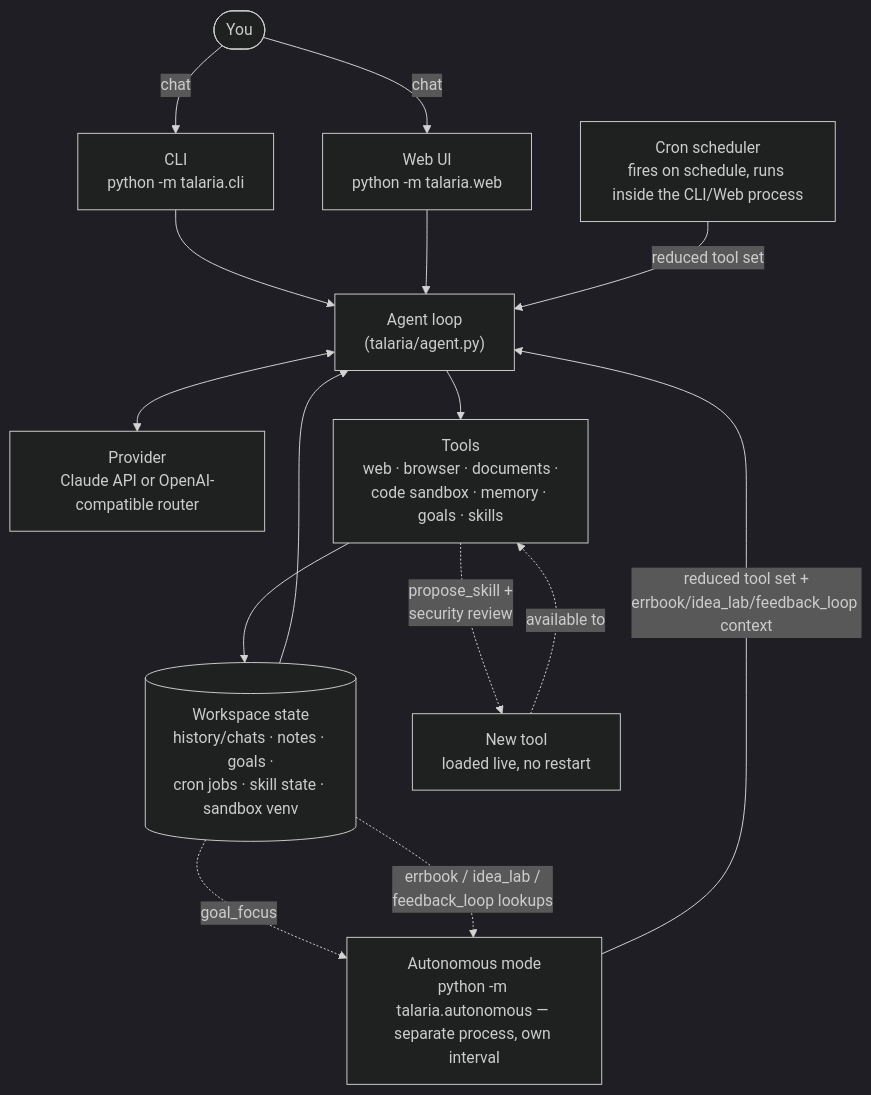
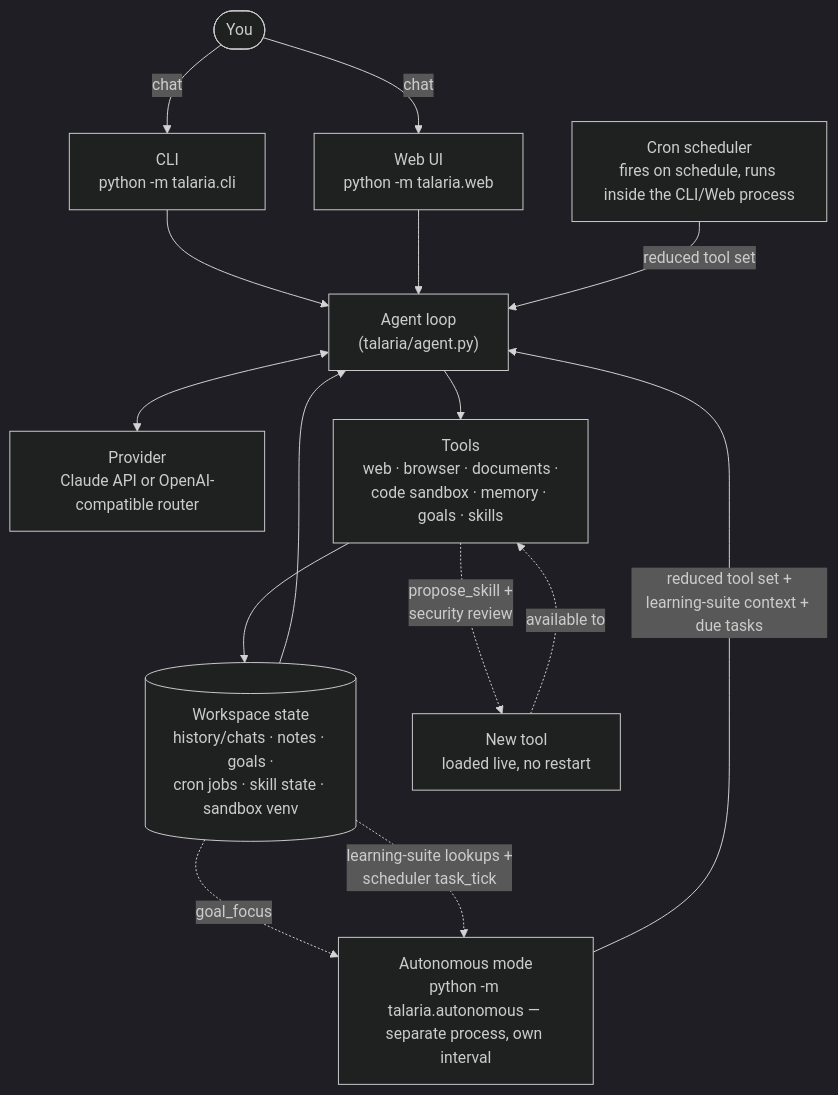
One commit to LMcontent/Talaria changed the diagram in README.md. Above: the diagram before and after it, drawn with Mermaid (dark theme). The commit also changed other lines of this file and 39 other files, not shown here.

First line of the commit message:
Learning suite to core, scheduler/SKILL.md/run_shell, grouped Tools UI (#58)

````diff
--- a/README.md
+++ b/README.md
@@ -18,27 +18,27 @@
 ```mermaid
 flowchart TB
     U(["You"])
 
     U -->|chat| CLI["CLI<br/>python -m talaria.cli"]
     U -->|chat| Web["Web UI<br/>python -m talaria.web"]
 
     Cron["Cron scheduler<br/>fires on schedule, runs inside the CLI/Web process"]
     Auto["Autonomous mode<br/>python -m talaria.autonomous — separate process, own interval"]
 
     CLI --> Agent["Agent loop<br/>(talaria/agent.py)"]
     Web --> Agent
     Cron -- reduced tool set --> Agent
-    Auto -- "reduced tool set +<br/>errbook/idea_lab/feedback_loop context" --> Agent
+    Auto -- "reduced tool set +<br/>learning-suite context + due tasks" --> Agent
 
     Agent <--> Provider["Provider<br/>Claude API or OpenAI-compatible router"]
     Agent --> Tools["Tools<br/>web · browser · documents ·<br/>code sandbox · memory · goals · skills"]
 
     Tools --> State[("Workspace state<br/>history/chats · notes · goals ·<br/>cron jobs · skill state · sandbox venv")]
     State --> Agent
 
     Tools -. "propose_skill +<br/>security review" .-> NewTool["New tool<br/>loaded live, no restart"]
     NewTool -. available to .-> Tools
 
     State -. goal_focus .-> Auto
-    State -. "errbook / idea_lab /<br/>feedback_loop lookups" .-> Auto
+    State -. "learning-suite lookups +<br/>scheduler task_tick" .-> Auto
 ```
````
